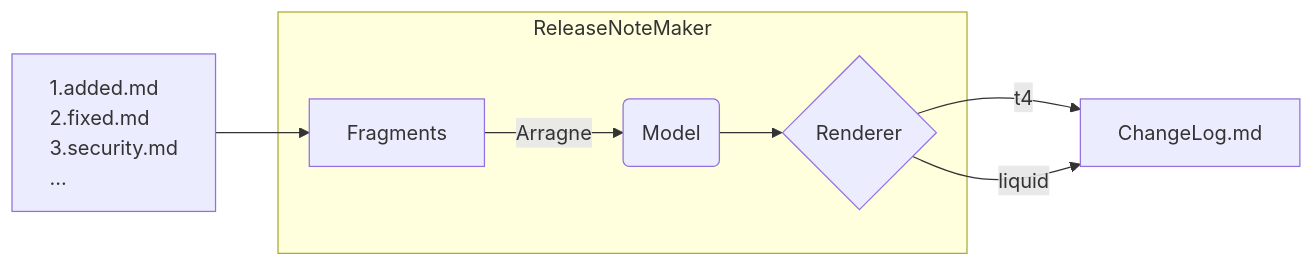
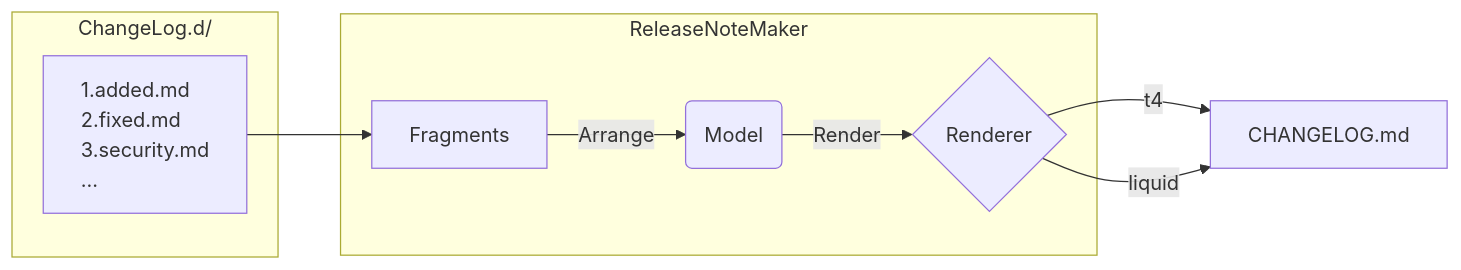
One commit to netpyoung/NF.Tool.ReleaseNoteMaker changed the diagram in docfx/docs/concept.md. Above: the diagram before and after it, drawn with Mermaid. The commit also changed 1 other file, not shown here.

````diff
--- a/docfx/docs/concept.md
+++ b/docfx/docs/concept.md
@@ -5,26 +5,27 @@
 ``` mermaid
 flowchart LR
 
-
-Files["`
-    1.added.md
-    2.fixed.md
-    3.security.md
-    ...
-`"]
-
-Renderer{Renderer}
-Output[ChangeLog.md]
-
-Files --> Fragments
+subgraph "ChangeLog.d/"
+    Files["`
+        1.added.md
+        2.fixed.md
+        3.security.md
+        ...
+    `"]
+end
 
 subgraph ReleaseNoteMaker
-    Fragments -->|Arragne| Model(Model)
-    Model --> Renderer
+    Files --> Fragments
+    Fragments -->|Arrange| Model(Model)
+    Model --> |Render| Renderer
 end
 
 Renderer -->|t4    | Output
 Renderer -->|liquid| Output
 
+
+Renderer{Renderer}
+Output[CHANGELOG.md]
+
 style Files text-align:left
 ```
````
